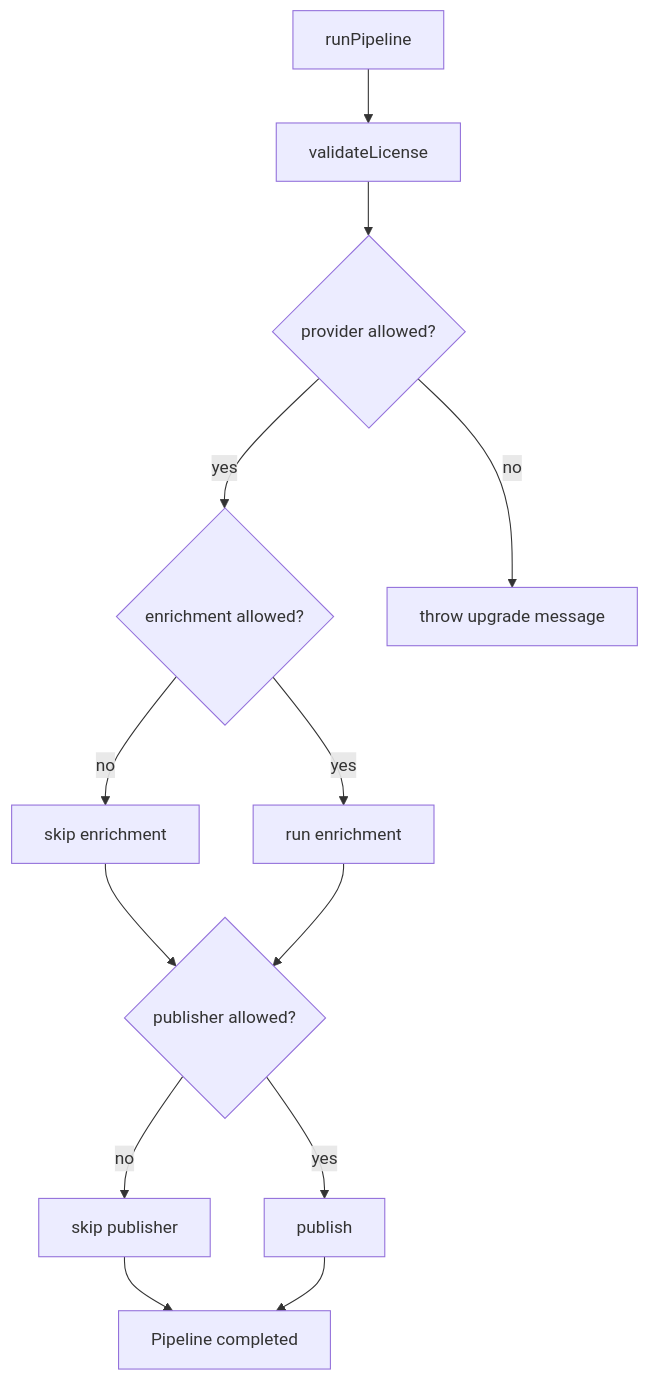
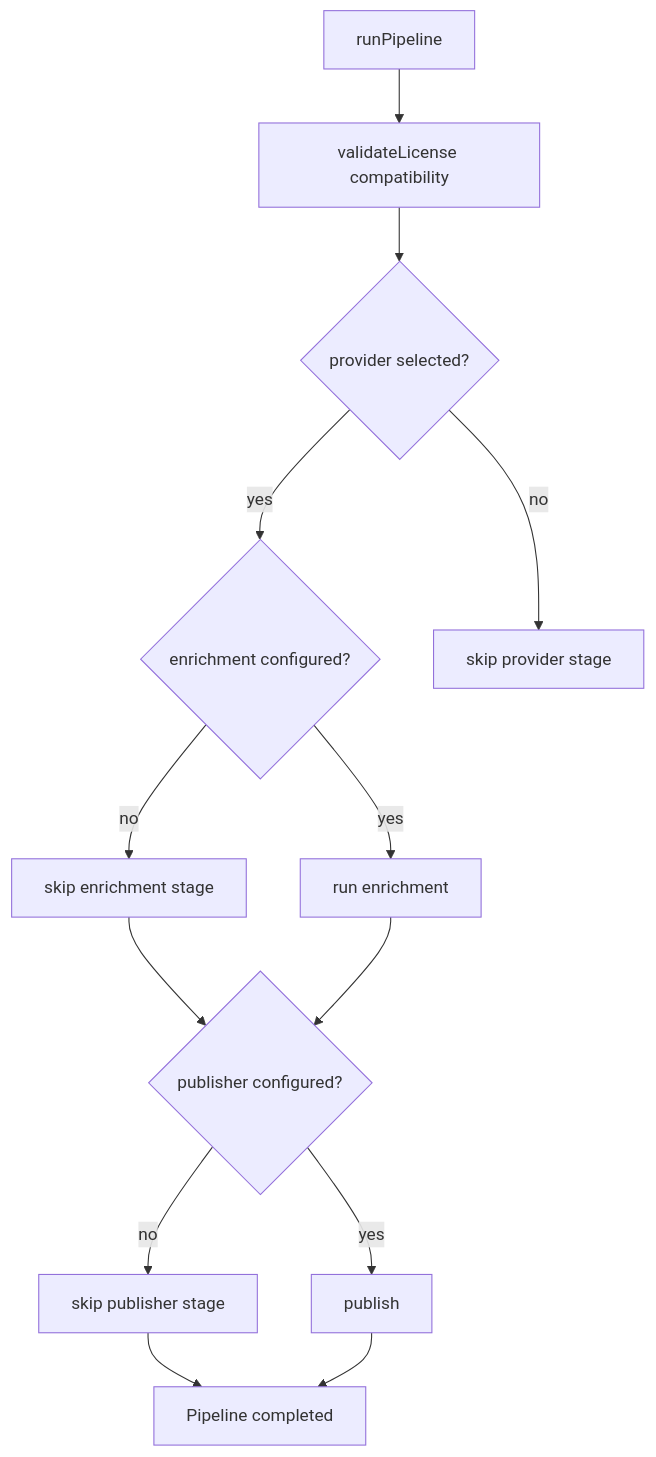
Before and after one commit to actions-marketplace-validations/mttaylor_cullit: the fourth of 6 diagrams in architecture-docs/ARCHITECTURE_INTERNAL.md, drawn with Mermaid. The commit also changed other lines of this file and 66 other files, not shown here.

````diff
--- a/architecture-docs/ARCHITECTURE_INTERNAL.md
+++ b/architecture-docs/ARCHITECTURE_INTERNAL.md
@@ -81,21 +75,21 @@
 ```mermaid
 flowchart TD
   Start[runPipeline]
-  Validate[validateLicense]
-  Provider{provider allowed?}
-  Enrich{enrichment allowed?}
-  Publisher{publisher allowed?}
+  Validate[validateLicense compatibility]
+  Provider{provider selected?}
+  Enrich{enrichment configured?}
+  Publisher{publisher configured?}
   End[Pipeline completed]
 
   Start --> Validate --> Provider
-  Provider -- no --> Stop1[throw upgrade message]
+  Provider -- no --> Stop1[skip provider stage]
   Provider -- yes --> Enrich
-  Enrich -- no --> Skip1[skip enrichment]
+  Enrich -- no --> Skip1[skip enrichment stage]
   Enrich -- yes --> DoEnrich[run enrichment]
   Skip1 --> Publisher
   DoEnrich --> Publisher
-  Publisher -- no --> Skip2[skip publisher]
+  Publisher -- no --> Skip2[skip publisher stage]
   Publisher -- yes --> DoPub[publish]
   Skip2 --> End
   DoPub --> End
 ```
````
